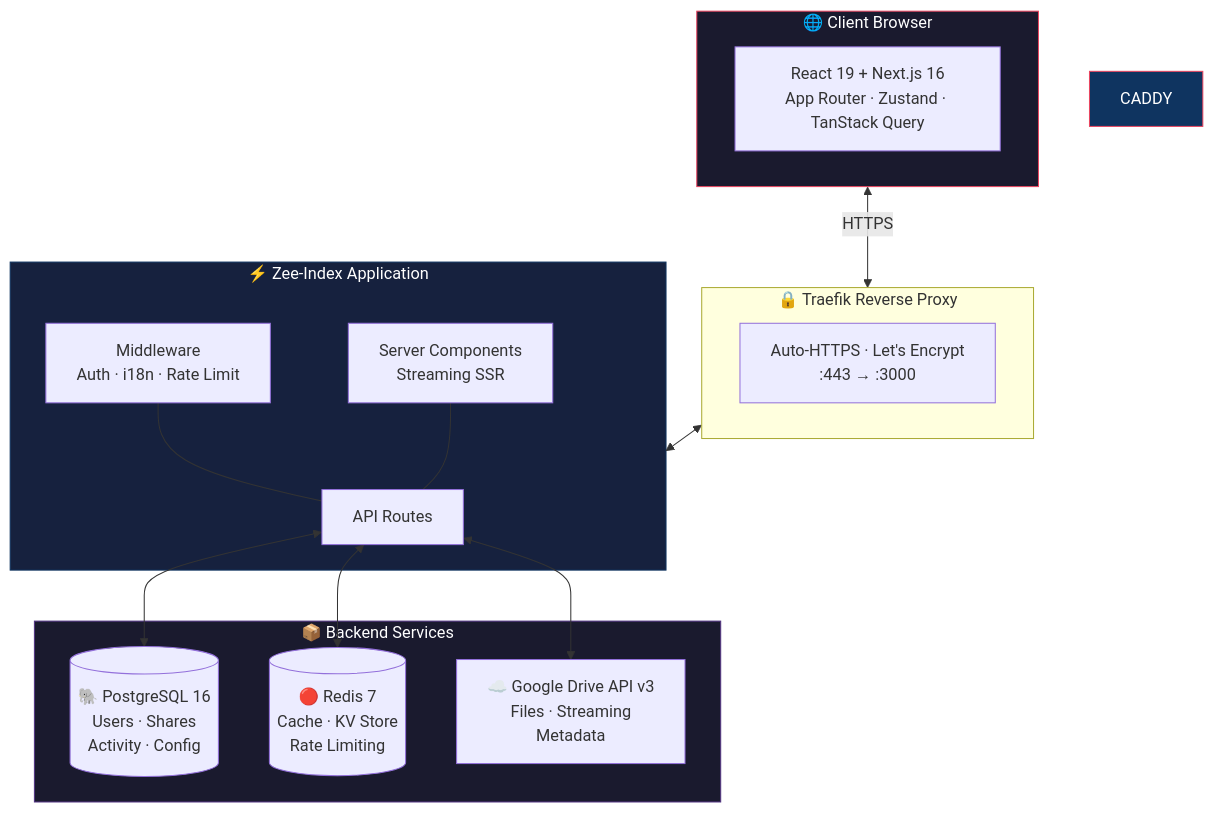
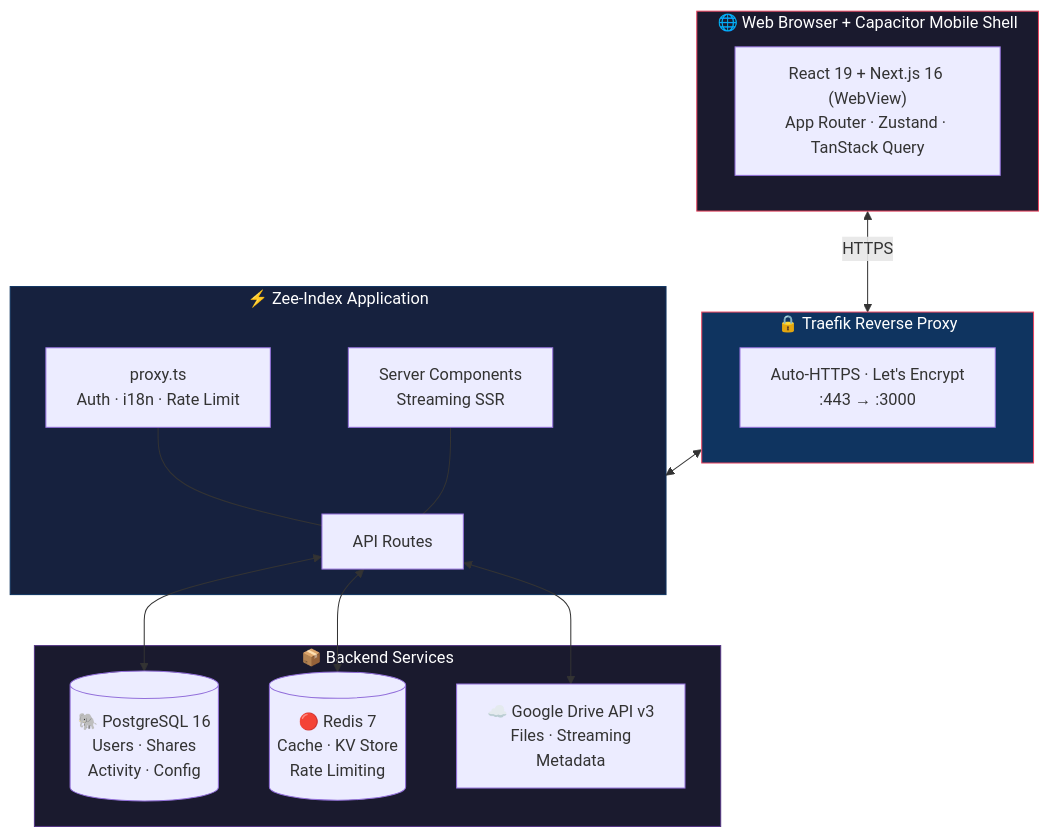
The diagram in README.md (dytsou/vaehor), drawn with Mermaid before and after one commit. The commit also changed other lines of this file, not shown here.

````diff
--- a/README.md
+++ b/README.md
@@ -165,35 +179,35 @@
 ```mermaid
 flowchart TB
-    subgraph CLIENT["🌐 Client Browser"]
-        A["React 19 + Next.js 16\nApp Router · Zustand · TanStack Query"]
+    subgraph CLIENT["🌐 Web Browser + Capacitor Mobile Shell"]
+        A["React 19 + Next.js 16 (WebView)\nApp Router · Zustand · TanStack Query"]
     end
 
     subgraph TRAEFIK["🔒 Traefik Reverse Proxy"]
         B["Auto-HTTPS · Let's Encrypt\n:443 → :3000"]
     end
 
     subgraph APP["⚡ Zee-Index Application"]
         C["API Routes"]
-        D["Middleware\nAuth · i18n · Rate Limit"]
+        D["proxy.ts\nAuth · i18n · Rate Limit"]
         E["Server Components\nStreaming SSR"]
     end
 
     subgraph SERVICES["📦 Backend Services"]
         F[("🐘 PostgreSQL 16\nUsers · Shares\nActivity · Config")]
         G[("🔴 Redis 7\nCache · KV Store\nRate Limiting")]
         H["☁️ Google Drive API v3\nFiles · Streaming\nMetadata"]
     end
 
     CLIENT <-->|HTTPS| TRAEFIK
     TRAEFIK <--> APP
     C <--> F
     C <--> G
     C <--> H
     D --- C
     E --- C
 
     style CLIENT fill:#1a1a2e,stroke:#e94560,color:#fff
-    style CADDY fill:#0f3460,stroke:#e94560,color:#fff
+    style TRAEFIK fill:#0f3460,stroke:#e94560,color:#fff
     style APP fill:#16213e,stroke:#0f3460,color:#fff
     style SERVICES fill:#1a1a2e,stroke:#533483,color:#fff
 ```
````
